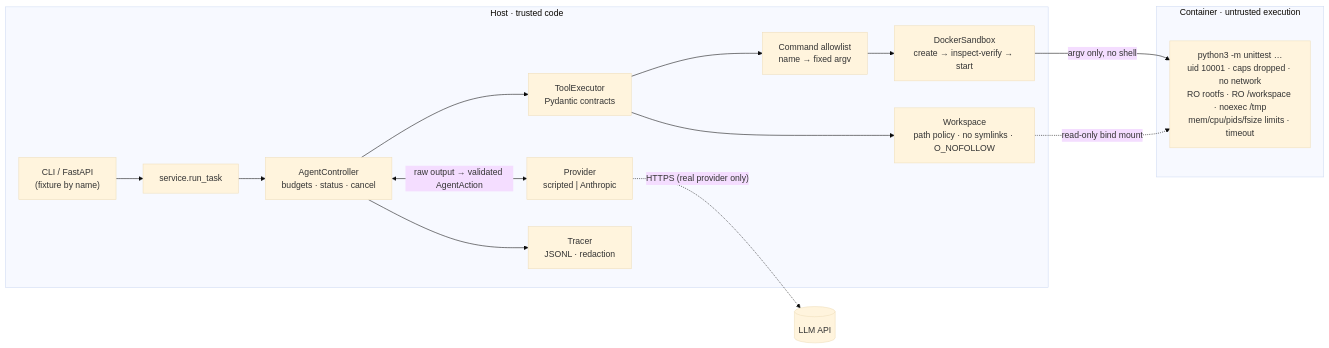
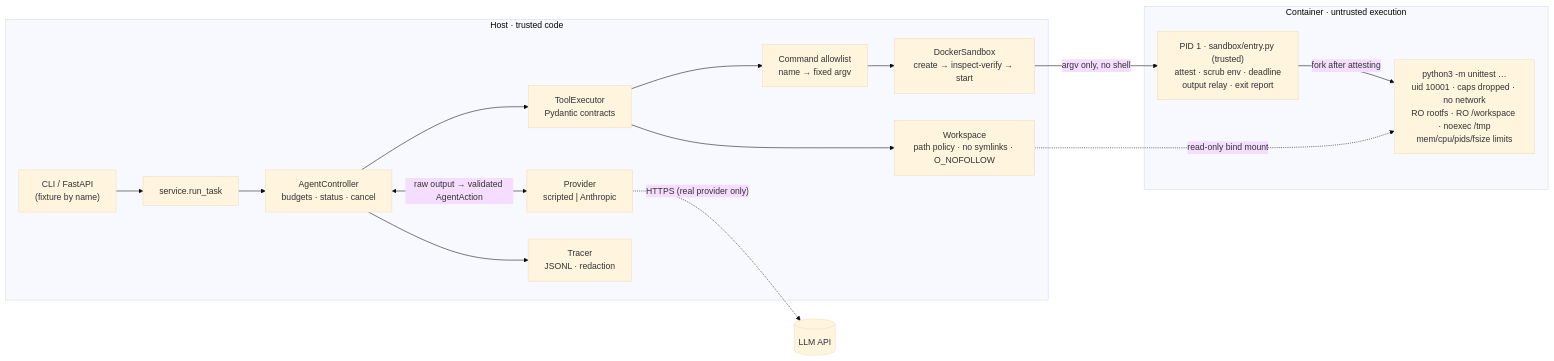
The diagram in README.md (hydrangeas20/sandbox-agent), drawn with Mermaid (base theme) before and after one commit. The commit also changed other lines of this file and 1 other file, not shown here.

````diff
--- a/README.md
+++ b/README.md
@@ -119,19 +123,21 @@
 ```mermaid
 flowchart LR
     subgraph Host["Host · trusted code"]
         CLI["CLI / FastAPI<br/>(fixture by name)"] --> SVC["service.run_task"]
         SVC --> CTL["AgentController<br/>budgets · status · cancel"]
         CTL <-->|"raw output → validated AgentAction"| PRV["Provider<br/>scripted | Anthropic"]
         CTL --> TOOLS["ToolExecutor<br/>Pydantic contracts"]
         TOOLS --> WS["Workspace<br/>path policy · no symlinks · O_NOFOLLOW"]
         TOOLS --> POL["Command allowlist<br/>name → fixed argv"]
         POL --> SBX["DockerSandbox<br/>create → inspect-verify → start"]
         CTL --> TR["Tracer<br/>JSONL · redaction"]
     end
     subgraph C["Container · untrusted execution"]
-        RUN["python3 -m unittest …<br/>uid 10001 · caps dropped · no network<br/>RO rootfs · RO /workspace · noexec /tmp<br/>mem/cpu/pids/fsize limits · timeout"]
+        PID1["PID 1 · sandbox/entry.py (trusted)<br/>attest · scrub env · deadline<br/>output relay · exit report"]
+        RUN["python3 -m unittest …<br/>uid 10001 · caps dropped · no network<br/>RO rootfs · RO /workspace · noexec /tmp<br/>mem/cpu/pids/fsize limits"]
+        PID1 -->|"fork after attesting"| RUN
     end
-    SBX -->|"argv only, no shell"| RUN
+    SBX -->|"argv only, no shell"| PID1
     WS -.->|"read-only bind mount"| RUN
     PRV -.->|"HTTPS (real provider only)"| API[(LLM API)]
 ```
````
